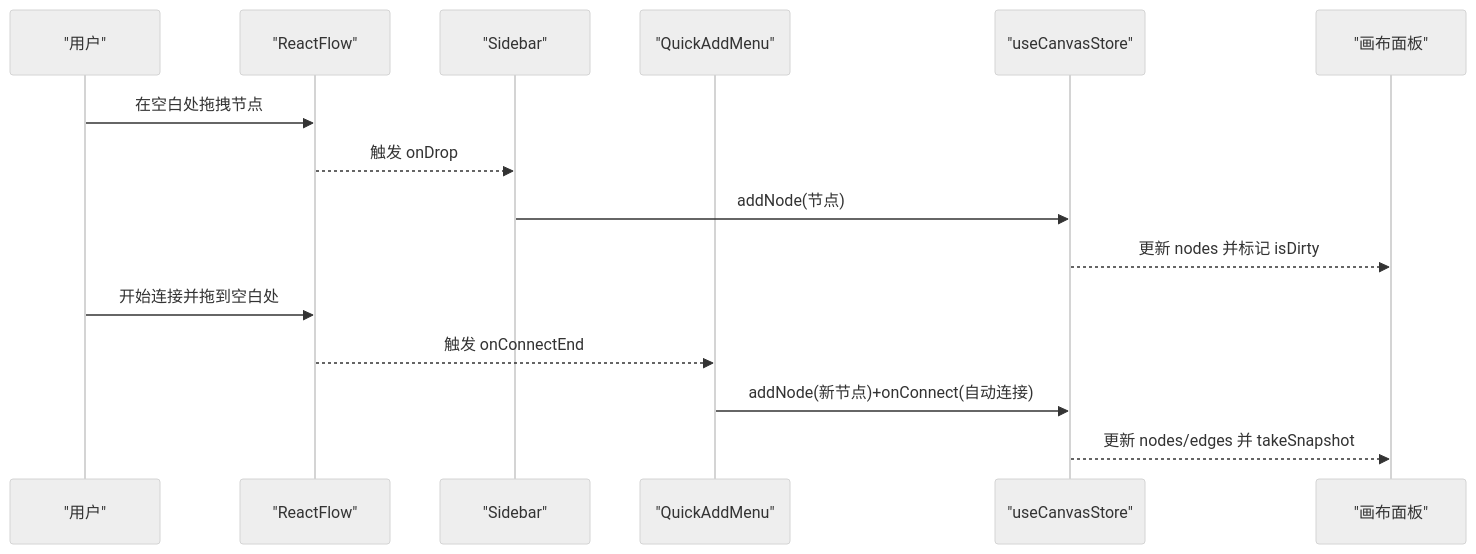
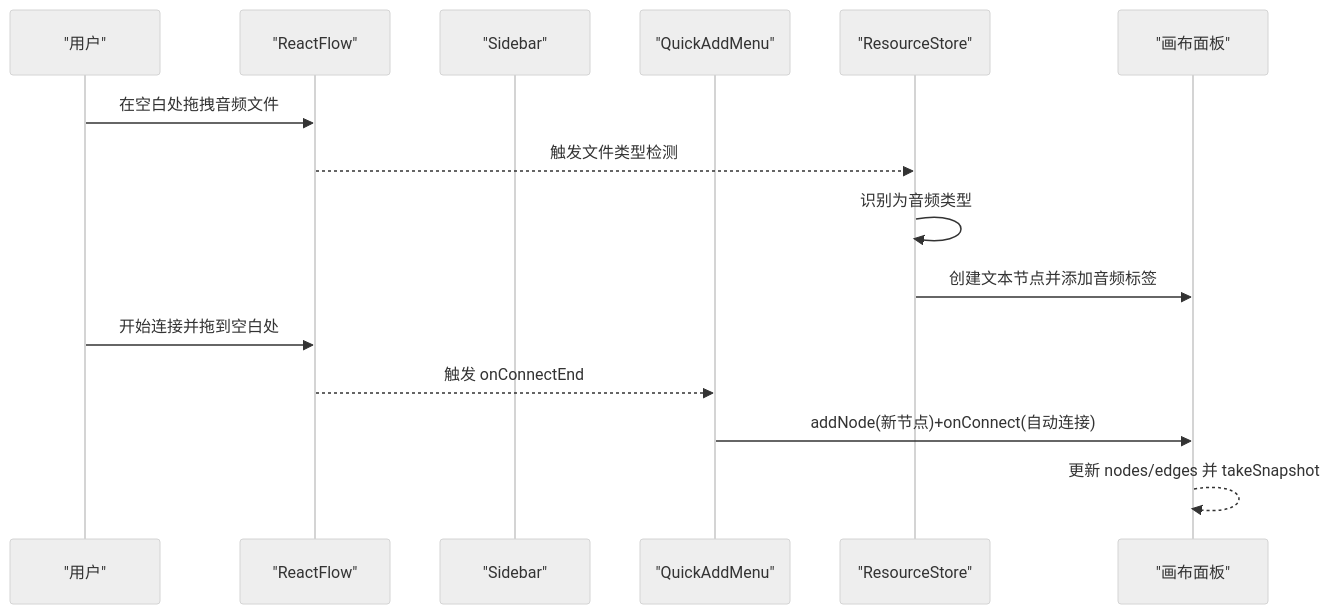
The second of 5 diagrams in .qoder/repowiki/zh/content/前端应用架构/UI组件库/画布组件系统/侧边栏系统.md (KunLabAI/KunFlix), drawn with Mermaid (neutral theme) before and after one commit. The commit also changed other lines of this file and 20 other files, not shown here.

````diff
--- a/.qoder/repowiki/zh/content/前端应用架构/UI组件库/画布组件系统/侧边栏系统.md
+++ b/.qoder/repowiki/zh/content/前端应用架构/UI组件库/画布组件系统/侧边栏系统.md
@@ -97,17 +117,17 @@
 ```mermaid
 sequenceDiagram
 participant U as "用户"
 participant RF as "ReactFlow"
 participant SB as "Sidebar"
 participant QM as "QuickAddMenu"
-participant ST as "useCanvasStore"
+participant RS as "ResourceStore"
 participant PA as "画布面板"
-U->>RF : 在空白处拖拽节点
-RF-->>SB : 触发 onDrop
-SB->>ST : addNode(节点)
-ST-->>PA : 更新 nodes 并标记 isDirty
+U->>RF : 在空白处拖拽音频文件
+RF-->>RS : 触发文件类型检测
+RS->>RS : 识别为音频类型
+RS->>PA : 创建文本节点并添加音频标签
 U->>RF : 开始连接并拖到空白处
 RF-->>QM : 触发 onConnectEnd
-QM->>ST : addNode(新节点)+onConnect(自动连接)
-ST-->>PA : 更新 nodes/edges 并 takeSnapshot
+QM->>PA : addNode(新节点)+onConnect(自动连接)
+PA-->>PA : 更新 nodes/edges 并 takeSnapshot
 ```
````
